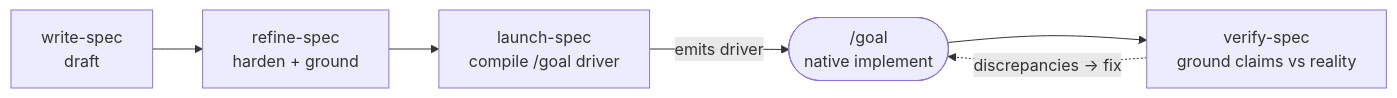
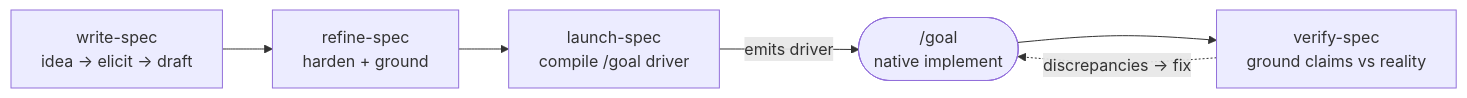
The diagram in claude-code/plugins/spec-ops/README.md (zakattack9/agentic-coding), drawn with Mermaid before and after one commit. The commit also changed other lines of this file and 3 other files, not shown here.

First line of the commit message:
feat(spec-ops): write-spec as workflow entrypoint — Discovery phase — v0.12.0

````diff
--- a/claude-code/plugins/spec-ops/README.md
+++ b/claude-code/plugins/spec-ops/README.md
@@ -5,8 +5,8 @@
 ```mermaid
 flowchart LR
-    W["write-spec<br/>draft"] --> R["refine-spec<br/>harden + ground"]
+    W["write-spec<br/>idea → elicit → draft"] --> R["refine-spec<br/>harden + ground"]
     R --> L["launch-spec<br/>compile /goal driver"]
     L -->|emits driver| G(["/goal<br/>native implement"])
     G --> V["verify-spec<br/>ground claims vs reality"]
     V -. discrepancies → fix .-> G
 ```
````
